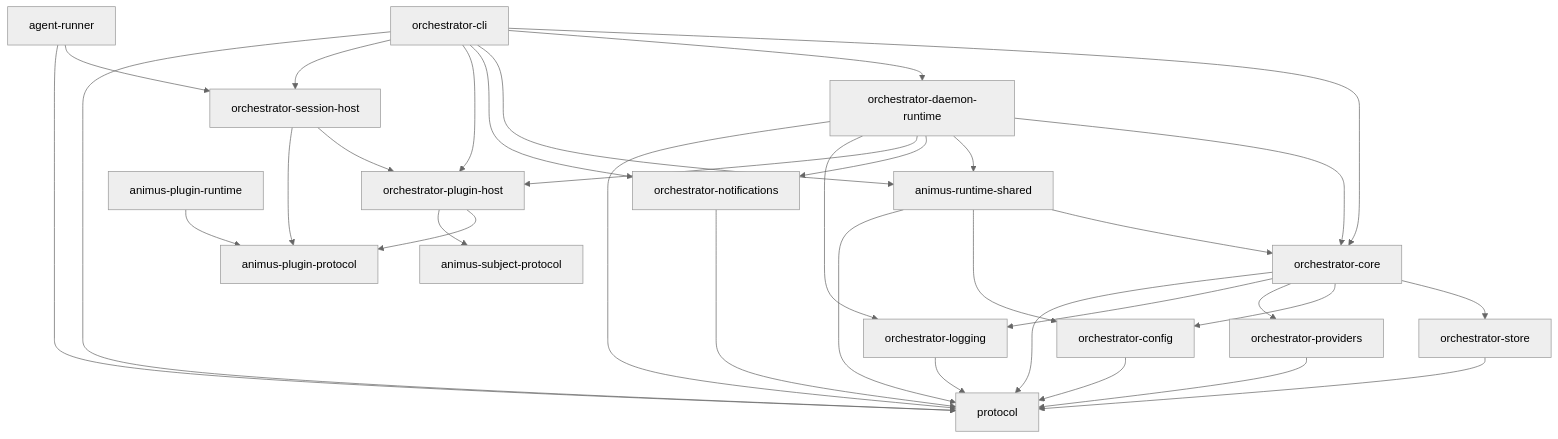
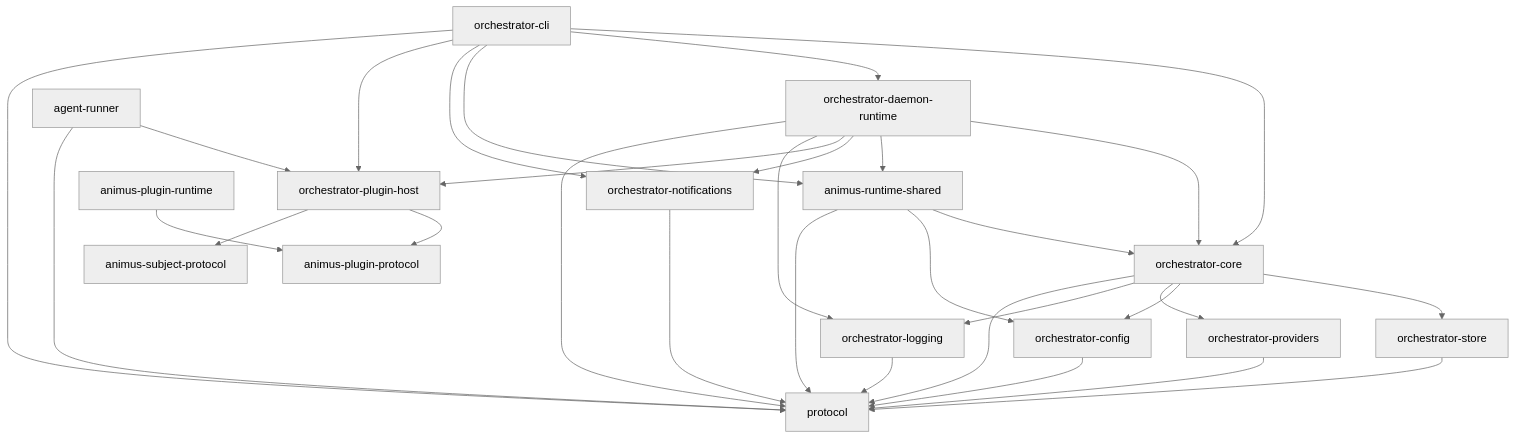
The diagram in docs/architecture/index.md (launchapp-dev/animus-cli), drawn with Mermaid (neutral theme) before and after one commit. The commit also changed other lines of this file and 37 other files, not shown here.

````diff
--- a/docs/architecture/index.md
+++ b/docs/architecture/index.md
@@ -23,61 +23,56 @@
 ```mermaid
 graph TD
     CLI[orchestrator-cli]
     CORE[orchestrator-core]
     PROTO[protocol]
     STORE[orchestrator-store]
     CONFIG[orchestrator-config]
     DAEMON[orchestrator-daemon-runtime]
     WR[animus-runtime-shared]
     AR[agent-runner]
-    SESSION[orchestrator-session-host]
     PLUGIN_HOST[orchestrator-plugin-host]
     PLUGIN_PROTO[animus-plugin-protocol]
     PLUGIN_RUNTIME[animus-plugin-runtime]
     SUBJECT_PROTO[animus-subject-protocol]
     PROV[orchestrator-providers]
     NOTIF[orchestrator-notifications]
     LOG[orchestrator-logging]
 
     CLI --> CORE
     CLI --> DAEMON
     CLI --> WR
     CLI --> NOTIF
     CLI --> PLUGIN_HOST
-    CLI --> SESSION
     CLI --> PROTO
 
     DAEMON --> CORE
     DAEMON --> WR
     DAEMON --> NOTIF
     DAEMON --> PLUGIN_HOST
     DAEMON --> LOG
     DAEMON --> PROTO
 
     WR --> CORE
     WR --> CONFIG
     WR --> PROTO
 
-    AR --> SESSION
+    AR --> PLUGIN_HOST
     AR --> PROTO
-
-    SESSION --> PLUGIN_HOST
-    SESSION --> PLUGIN_PROTO
 
     PLUGIN_HOST --> PLUGIN_PROTO
     PLUGIN_HOST --> SUBJECT_PROTO
 
     CORE --> STORE
     CORE --> CONFIG
     CORE --> PROV
     CORE --> LOG
     CORE --> PROTO
 
     STORE --> PROTO
     CONFIG --> PROTO
     PROV --> PROTO
     NOTIF --> PROTO
     LOG --> PROTO
 
     PLUGIN_RUNTIME --> PLUGIN_PROTO
 ```
````
